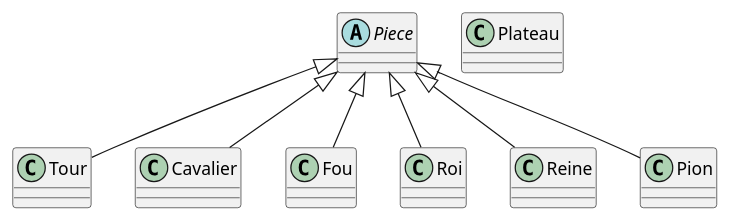
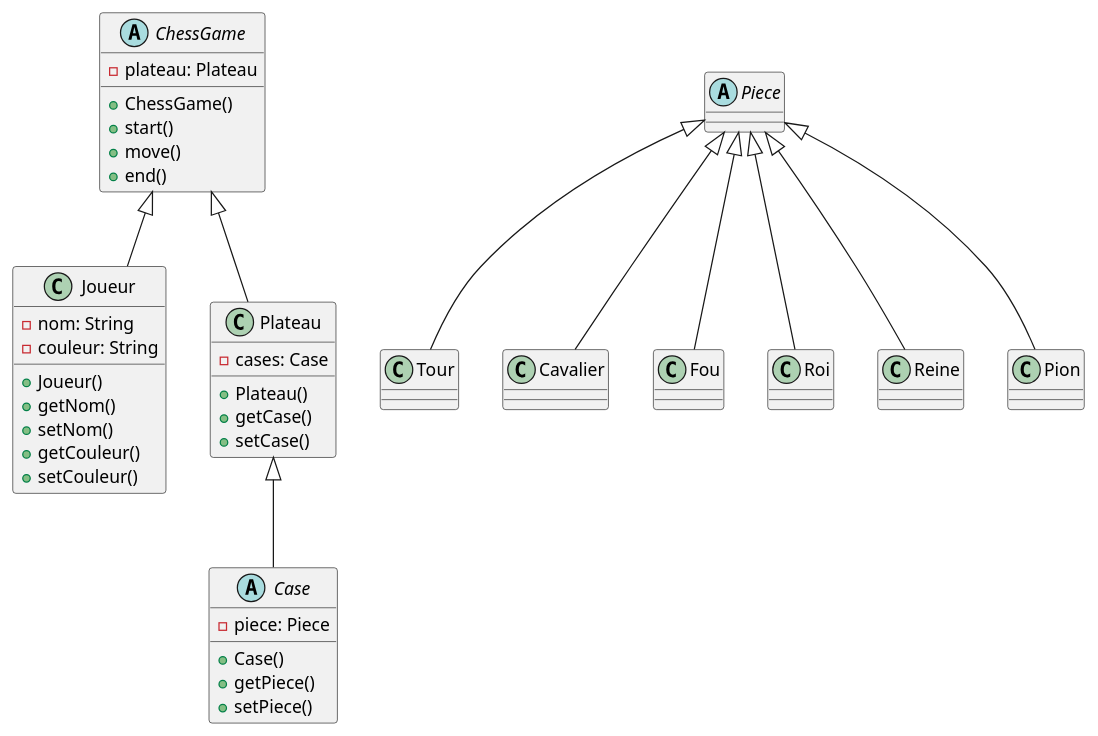
One commit to CPE-LYON-APICOT/projet-chessconcurrence changed the diagram in DiagrammeEchec.puml. Above: the diagram before and after it, drawn with PlantUML.

Commit message:
first modification diagramme

```diff
--- a/DiagrammeEchec.puml
+++ b/DiagrammeEchec.puml
@@ -1,34 +1,64 @@
 @startuml
 
-abstract class Piece {
+abstract class ChessGame {
+    -plateau: Plateau
+    +ChessGame()
+    +start()
+    +move()
+    +end()
+}
+
+class Joueur extends ChessGame {
+    -nom: String
+    -couleur: String
+    +Joueur()
+    +getNom()
+    +setNom()
+    +getCouleur()
+    +setCouleur()
+}
+
+class Plateau extends ChessGame {
+    -cases: Case
+    +Plateau()
+    +getCase()
+    +setCase()
+
+}
+
+abstract class Case extends Plateau {
+    -piece: Piece
+    +Case()
+    +getPiece()
+    +setPiece()
+}
+
+
+abstract class Piece{
 
 }
 
 class Tour extends Piece {
-    
+
 }
 
 class Cavalier extends Piece {
 
 }
 
 class Fou extends Piece {
 
 }
 
 class Roi extends Piece {
 
 }
 
 class Reine extends Piece {
 
 }
 
 class Pion extends Piece {
 
 }
-
-class Plateau {
-
-}
 @enduml
```
